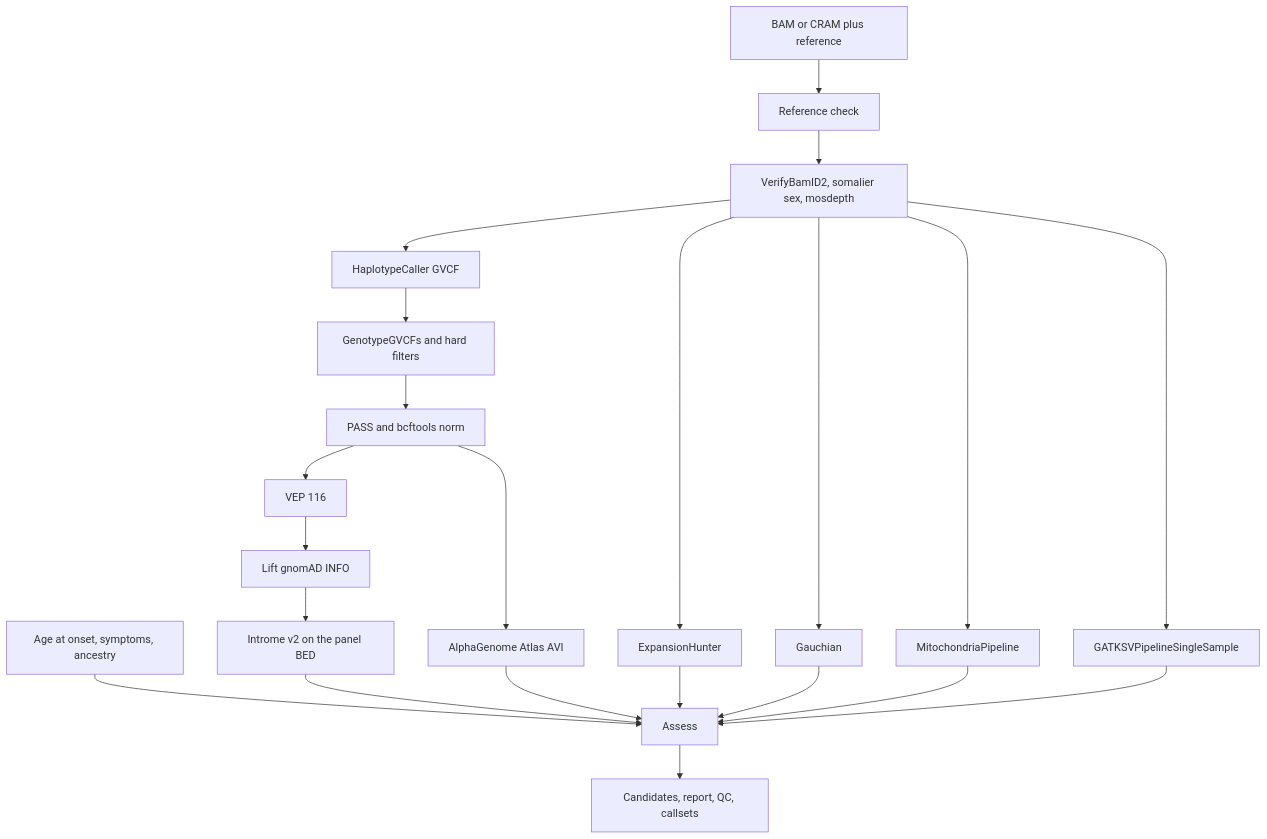
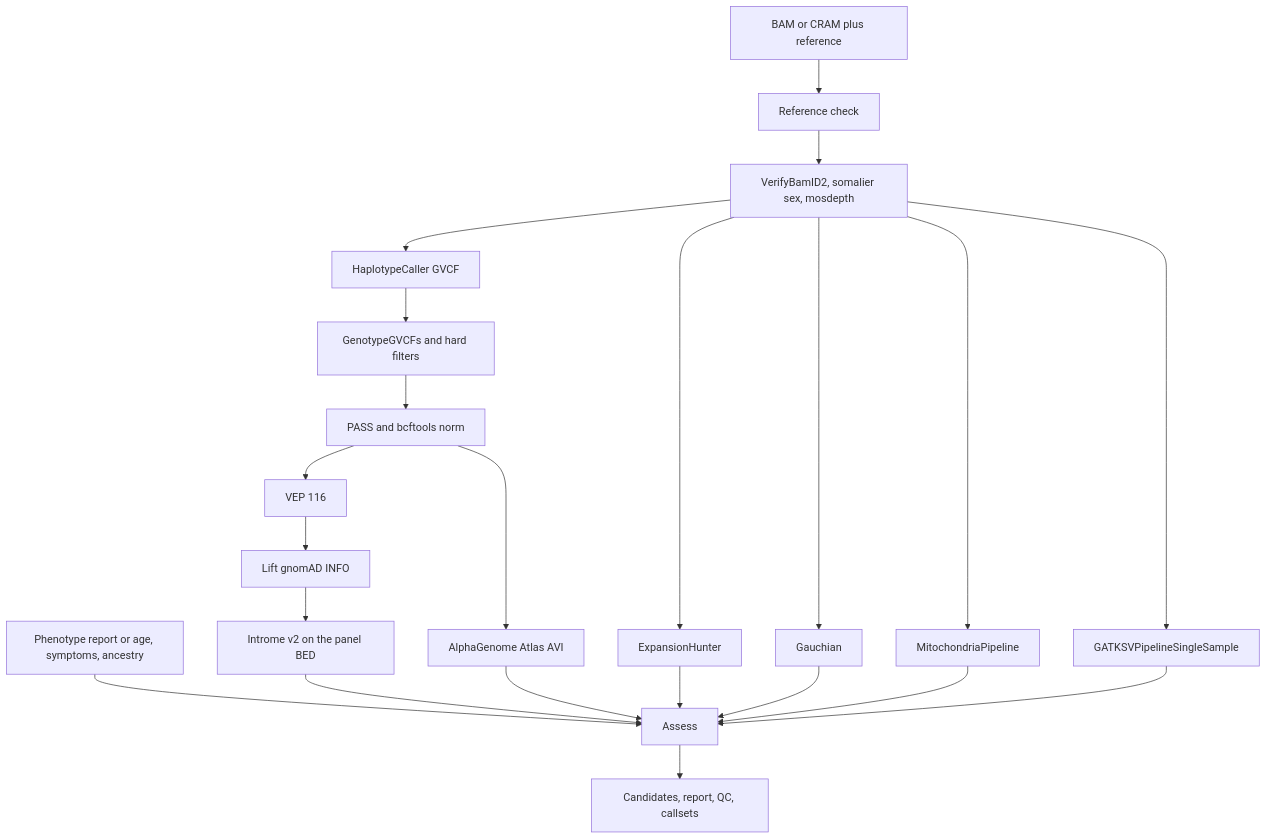
The diagram in README.md (gqworks/pdsample-terra), drawn with Mermaid before and after one commit. The commit also changed other lines of this file and 14 other files, not shown here.

First line of the commit message:
Parse the GP2 phenotype report for clinical matching

````diff
--- a/README.md
+++ b/README.md
@@ -5,24 +5,24 @@
 ```mermaid
 flowchart TD
   cram[BAM or CRAM plus reference] --> check[Reference check]
   check --> qc[VerifyBamID2, somalier sex, mosdepth]
   qc --> hc[HaplotypeCaller GVCF]
   hc --> gt[GenotypeGVCFs and hard filters]
   gt --> norm[PASS and bcftools norm]
   norm --> vep[VEP 116]
   vep --> lift[Lift gnomAD INFO]
   lift --> introme[Introme v2 on the panel BED]
   norm --> avi[AlphaGenome Atlas AVI]
   qc --> eh[ExpansionHunter]
   qc --> gba[Gauchian]
   qc --> mito[MitochondriaPipeline]
   qc --> gatksv[GATKSVPipelineSingleSample]
-  pheno[Age at onset, symptoms, ancestry] --> assess[Assess]
+  pheno[Phenotype report or age, symptoms, ancestry] --> assess[Assess]
   introme --> assess
   avi --> assess
   eh --> assess
   gba --> assess
   mito --> assess
   gatksv --> assess
   assess --> row[Candidates, report, QC, callsets]
 ```
````
